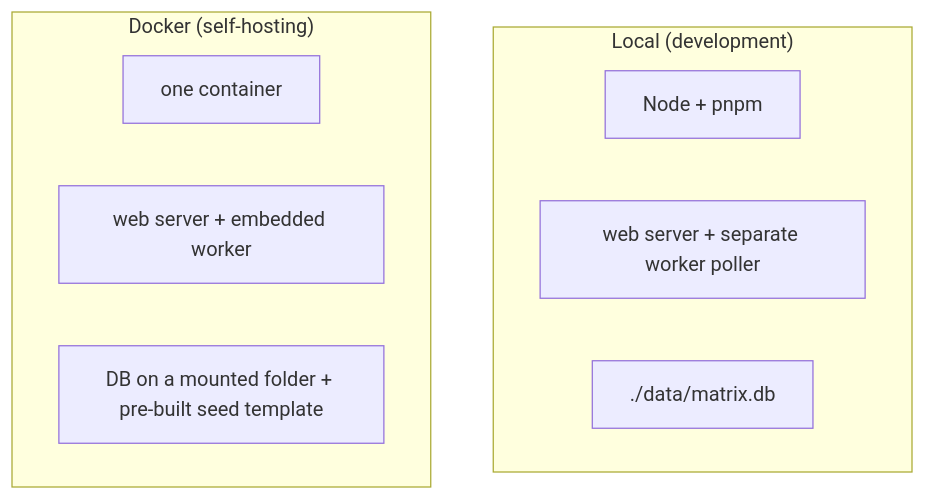
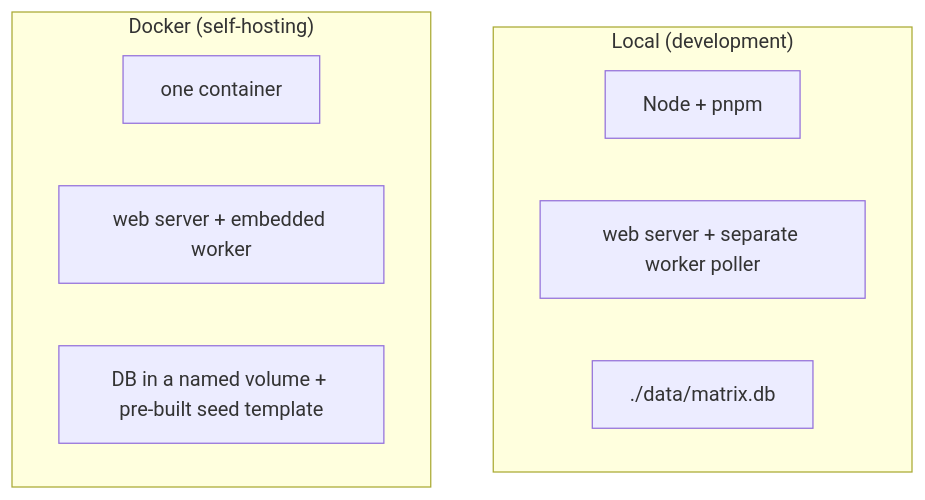
The ninth of 9 diagrams in docs/architecture.md (atahan99/Steam-Library-Matrix), drawn with Mermaid before and after one commit. The commit also changed other lines of this file and 6 other files, not shown here.

First line of the commit message:
docs: align database and Docker docs with named volume layout

````diff
--- a/docs/architecture.md
+++ b/docs/architecture.md
@@ -553,13 +553,13 @@
 ```mermaid
 flowchart TB
   subgraph Local["Local (development)"]
     L1["Node + pnpm"]
     L2["web server + separate worker poller"]
     L3["./data/matrix.db"]
   end
   subgraph Docker["Docker (self-hosting)"]
     D1["one container"]
     D2["web server + embedded worker"]
-    D3["DB on a mounted folder + pre-built seed template"]
+    D3["DB in a named volume + pre-built seed template"]
   end
 ```
````
